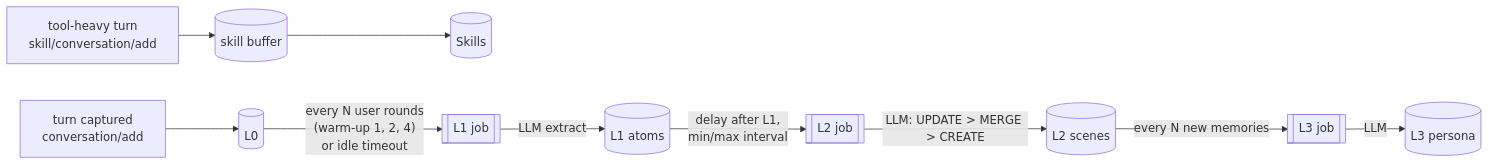
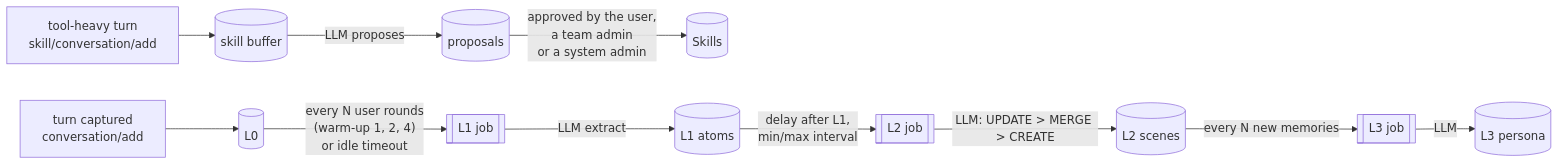
Before and after one commit to hsuanshao/AgentMemory: the sixth of 12 diagrams in docs/ARCHITECTURE.md, drawn with Mermaid. The commit also changed other lines of this file and 32 other files, not shown here.

First line of the commit message:
fix(skill): extraction proposes, people approve; the transcript is JSON data (#69)

````diff
--- a/docs/ARCHITECTURE.md
+++ b/docs/ARCHITECTURE.md
@@ -185,11 +185,13 @@
 ```mermaid
 flowchart LR
   T["turn captured<br/>conversation/add"] --> L0[(L0)]
-  T2["tool-heavy turn<br/>skill/conversation/add"] --> SB[(skill buffer)] --> SK[(Skills)]
+  T2["tool-heavy turn<br/>skill/conversation/add"] --> SB[(skill buffer)]
+  SB -- "LLM proposes" --> SP[(proposals)]
+  SP -- "approved by the user,<br/>a team admin<br/>or a system admin" --> SK[(Skills)]
   L0 -- "every N user rounds<br/>(warm-up 1, 2, 4)<br/>or idle timeout" --> J1[[L1 job]]
   J1 -- LLM extract --> L1[(L1 atoms)]
   L1 -- "delay after L1,<br/>min/max interval" --> J2[[L2 job]]
   J2 -- "LLM: UPDATE > MERGE > CREATE" --> L2[(L2 scenes)]
   L2 -- "every N new memories" --> J3[[L3 job]]
   J3 -- LLM --> L3[(L3 persona)]
 ```
````
